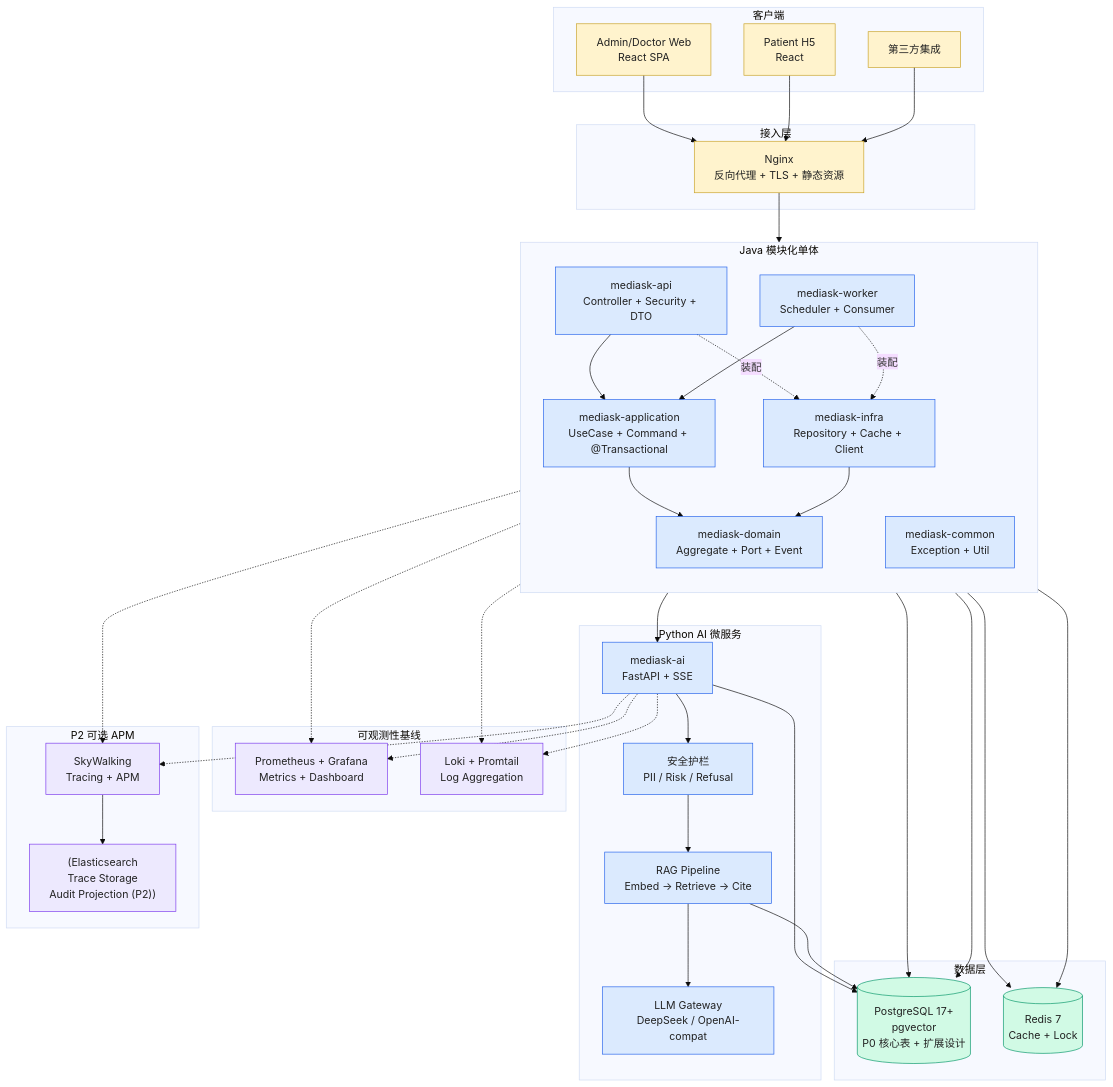
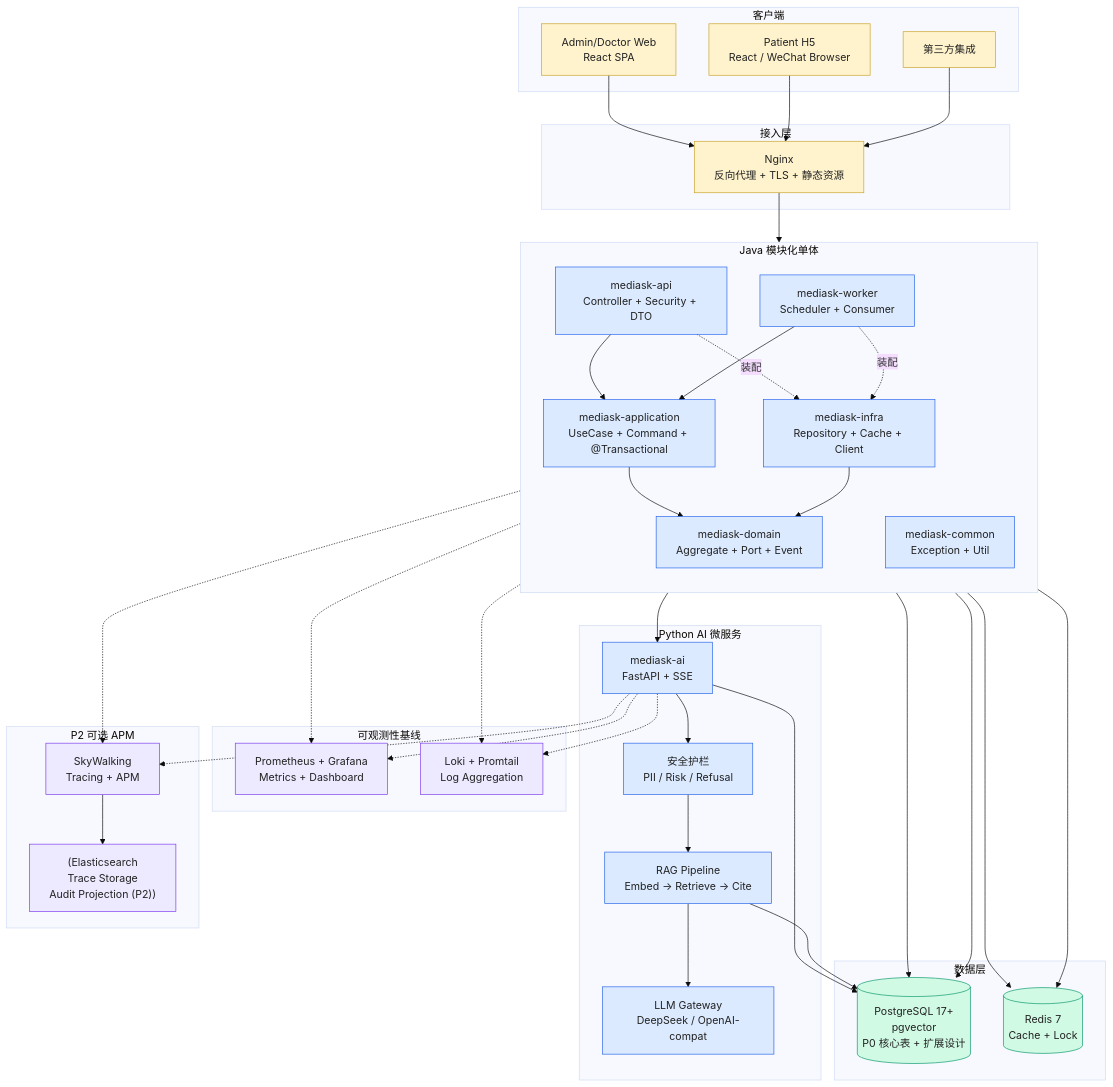
One commit to JianwenShaw/MediAskDocs changed the fifth of 5 diagrams in docs/01-OVERVIEW.md. Above: the diagram before and after it, drawn with Mermaid (base theme). The commit also changed 3 other files, not shown here.

Commit message:
docs: update frontend architecture and design guidelines

````diff
--- a/docs/01-OVERVIEW.md
+++ b/docs/01-OVERVIEW.md
@@ -692,81 +692,81 @@
 ```mermaid
 flowchart TB
     classDef planned fill:#fff3cd,stroke:#c9a227,stroke-width:1px,color:#222
     classDef runtime fill:#dbeafe,stroke:#2563eb,stroke-width:1px,color:#222
     classDef data fill:#d1fae5,stroke:#059669,stroke-width:1px,color:#222
     classDef obs fill:#ede9fe,stroke:#7c3aed,stroke-width:1px,color:#222
 
     subgraph Clients[客户端]
         Web[Admin/Doctor Web<br/>React SPA]:::planned
-        H5[Patient H5<br/>React]:::planned
+        H5[Patient H5<br/>React / WeChat Browser]:::planned
         ThirdParty[第三方集成]:::planned
     end
 
     subgraph Edge[接入层]
         Nginx[Nginx<br/>反向代理 + TLS + 静态资源]:::planned
     end
 
     subgraph JavaApp[Java 模块化单体]
         direction TB
         API[mediask-api<br/>Controller + Security + DTO]:::runtime
         Application[mediask-application<br/>UseCase + Command + @Transactional]:::runtime
         Domain[mediask-domain<br/>Aggregate + Port + Event]:::runtime
         Infra[mediask-infra<br/>Repository + Cache + Client]:::runtime
         Worker[mediask-worker<br/>Scheduler + Consumer]:::runtime
         Common[mediask-common<br/>Exception + Util]:::runtime
 
         API --> Application
         Worker --> Application
         Application --> Domain
         API -.装配.-> Infra
         Worker -.装配.-> Infra
         Infra --> Domain
     end
 
     subgraph PythonApp[Python AI 微服务]
         AiSvc[mediask-ai<br/>FastAPI + SSE]:::runtime
         GuardrailMod[安全护栏<br/>PII / Risk / Refusal]:::runtime
         RAGPipe[RAG Pipeline<br/>Embed → Retrieve → Cite]:::runtime
         LLMGateway[LLM Gateway<br/>DeepSeek / OpenAI-compat]:::runtime
 
         AiSvc --> GuardrailMod --> RAGPipe
         RAGPipe --> LLMGateway
     end
 
     subgraph DataStores[数据层]
         PG[(PostgreSQL 17+<br/>pgvector<br/>P0 核心表 + 扩展设计)]:::data
         Redis[(Redis 7<br/>Cache + Lock)]:::data
     end
 
     subgraph Observability[可观测性基线]
         PromGraf[Prometheus + Grafana<br/>Metrics + Dashboard]:::obs
         LokiStack[Loki + Promtail<br/>Log Aggregation]:::obs
     end
 
     subgraph ObservabilityP2[P2 可选 APM]
         SW[SkyWalking<br/>Tracing + APM]:::obs
         ES["(Elasticsearch<br/>Trace Storage<br/>Audit Projection (P2))"]:::obs
     end
 
     Web --> Nginx
     H5 --> Nginx
     ThirdParty --> Nginx
     Nginx --> API
 
     API --> PG
     API --> Redis
     Worker --> PG
     Worker --> Redis
     API --> AiSvc
 
     AiSvc --> PG
     RAGPipe --> PG
 
     API -.-> PromGraf
     AiSvc -.-> PromGraf
     API -.-> LokiStack
     AiSvc -.-> LokiStack
     API -.-> SW
     AiSvc -.-> SW
     SW --> ES
 ```
````
